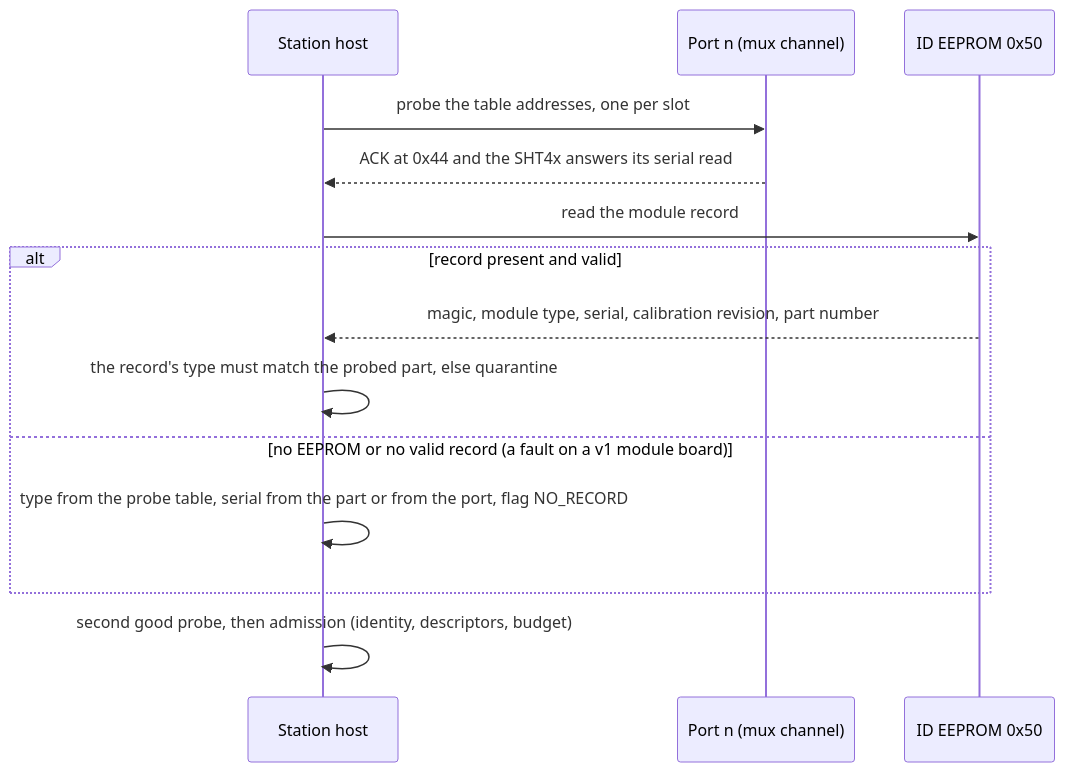
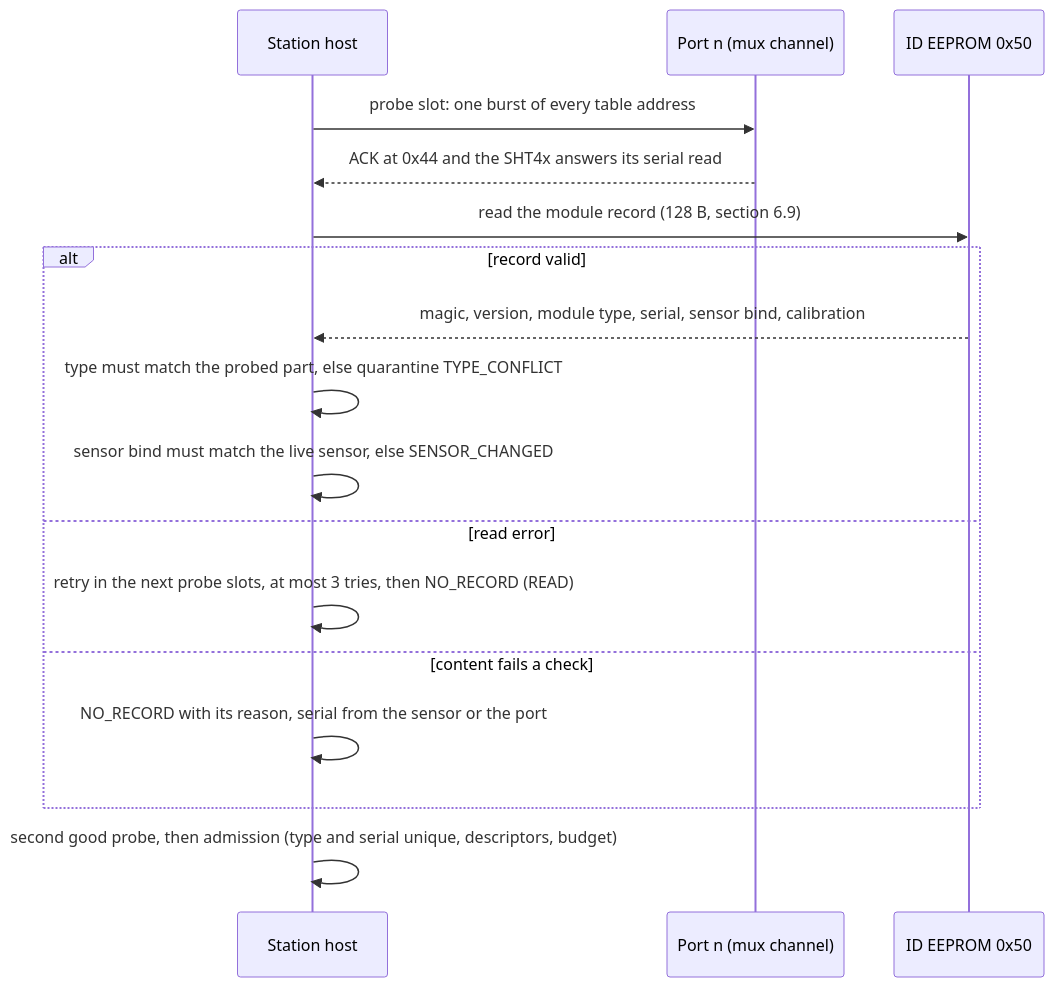
Before and after one commit to clintecker/weather-station-2026: the ninth of 11 diagrams in docs/superpowers/specs/2026-10-21-sensor-module-ports-design.md, drawn with Mermaid. The commit also changed other lines of this file, not shown here.

First line of the commit message:
Spec: module identity revised after adversarial review; record v1.0 layout

````diff
--- a/docs/superpowers/specs/2026-10-21-sensor-module-ports-design.md
+++ b/docs/superpowers/specs/2026-10-21-sensor-module-ports-design.md
@@ -498,16 +535,19 @@
 ```mermaid
 sequenceDiagram
     participant H as Station host
     participant P as Port n (mux channel)
     participant E as ID EEPROM 0x50
-    H->>P: probe the table addresses, one per slot
+    H->>P: probe slot: one burst of every table address
     P-->>H: ACK at 0x44 and the SHT4x answers its serial read
-    H->>E: read the module record
-    alt record present and valid
-        E-->>H: magic, module type, serial, calibration revision, part number
-        H->>H: the record's type must match the probed part, else quarantine
-    else no EEPROM or no valid record (a fault on a v1 module board)
-        H->>H: type from the probe table, serial from the part or from the port, flag NO_RECORD
+    H->>E: read the module record (128 B, section 6.9)
+    alt record valid
+        E-->>H: magic, version, module type, serial, sensor bind, calibration
+        H->>H: type must match the probed part, else quarantine TYPE_CONFLICT
+        H->>H: sensor bind must match the live sensor, else SENSOR_CHANGED
+    else read error
+        H->>H: retry in the next probe slots, at most 3 tries, then NO_RECORD (READ)
+    else content fails a check
+        H->>H: NO_RECORD with its reason, serial from the sensor or the port
     end
-    H->>H: second good probe, then admission (identity, descriptors, budget)
+    H->>H: second good probe, then admission (type and serial unique, descriptors, budget)
 ```
````
